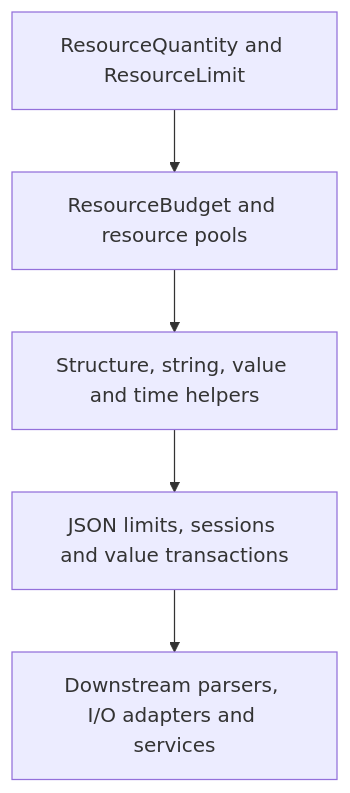
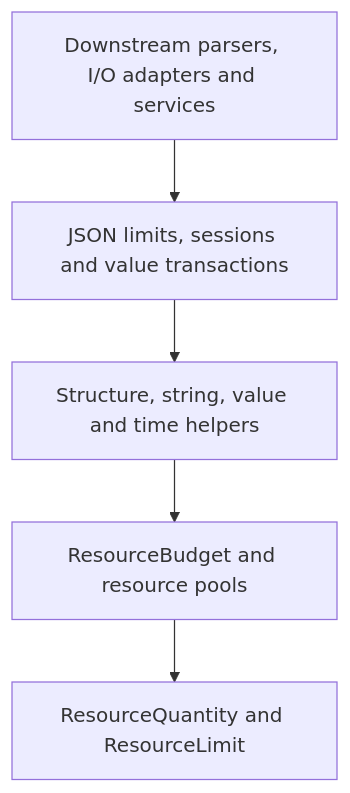
One commit to qubit-ltd/rs-budget changed the diagram in doc/design.md. Above: the diagram before and after it, drawn with Mermaid. The commit also changed other lines of this file and 4 other files, not shown here.

````diff
--- a/doc/design.md
+++ b/doc/design.md
@@ -23,7 +23,7 @@
 ```mermaid
 flowchart TD
-    A[ResourceQuantity and ResourceLimit] --> B[ResourceBudget and resource pools]
-    B --> C[Structure, string, value and time helpers]
-    C --> D[JSON limits, sessions and value transactions]
-    D --> E[Downstream parsers, I/O adapters and services]
+    B[ResourceBudget and resource pools] --> A[ResourceQuantity and ResourceLimit]
+    C[Structure, string, value and time helpers] --> B
+    D[JSON limits, sessions and value transactions] --> C
+    E[Downstream parsers, I/O adapters and services] --> D
 ```
````
